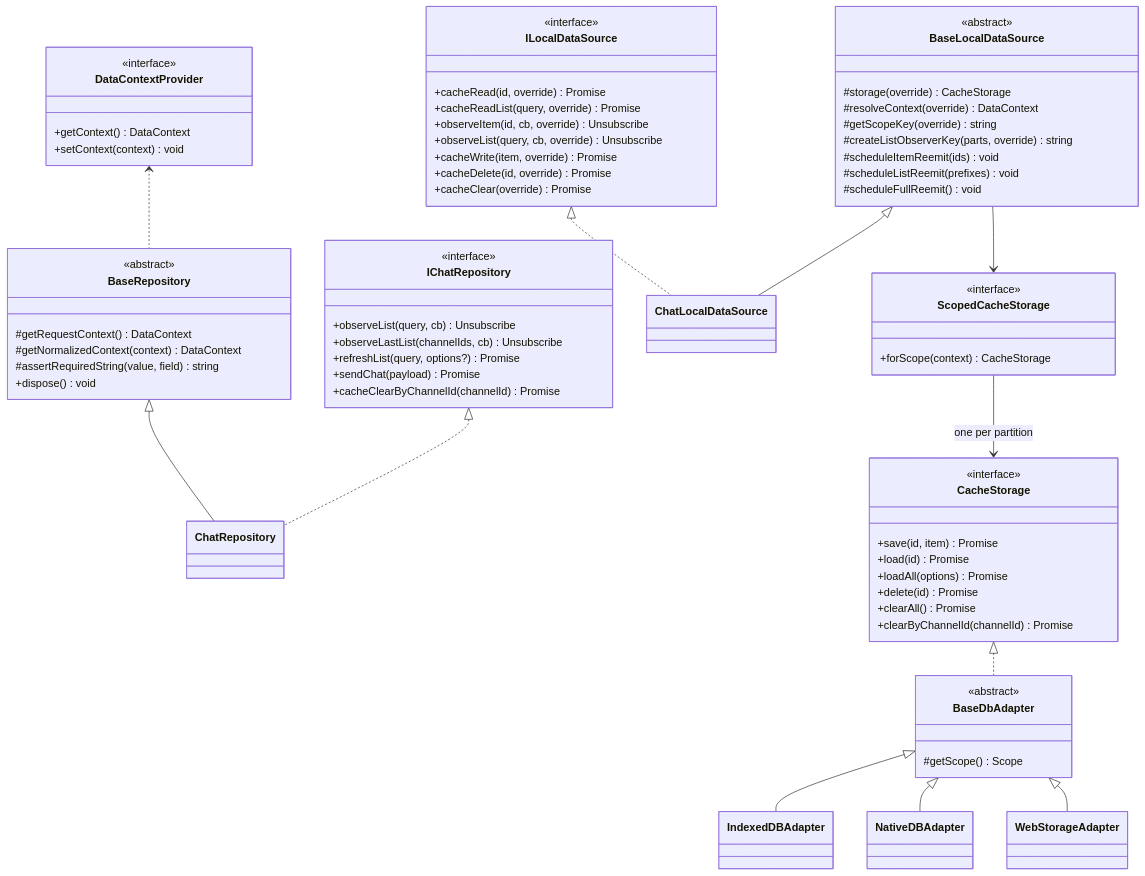
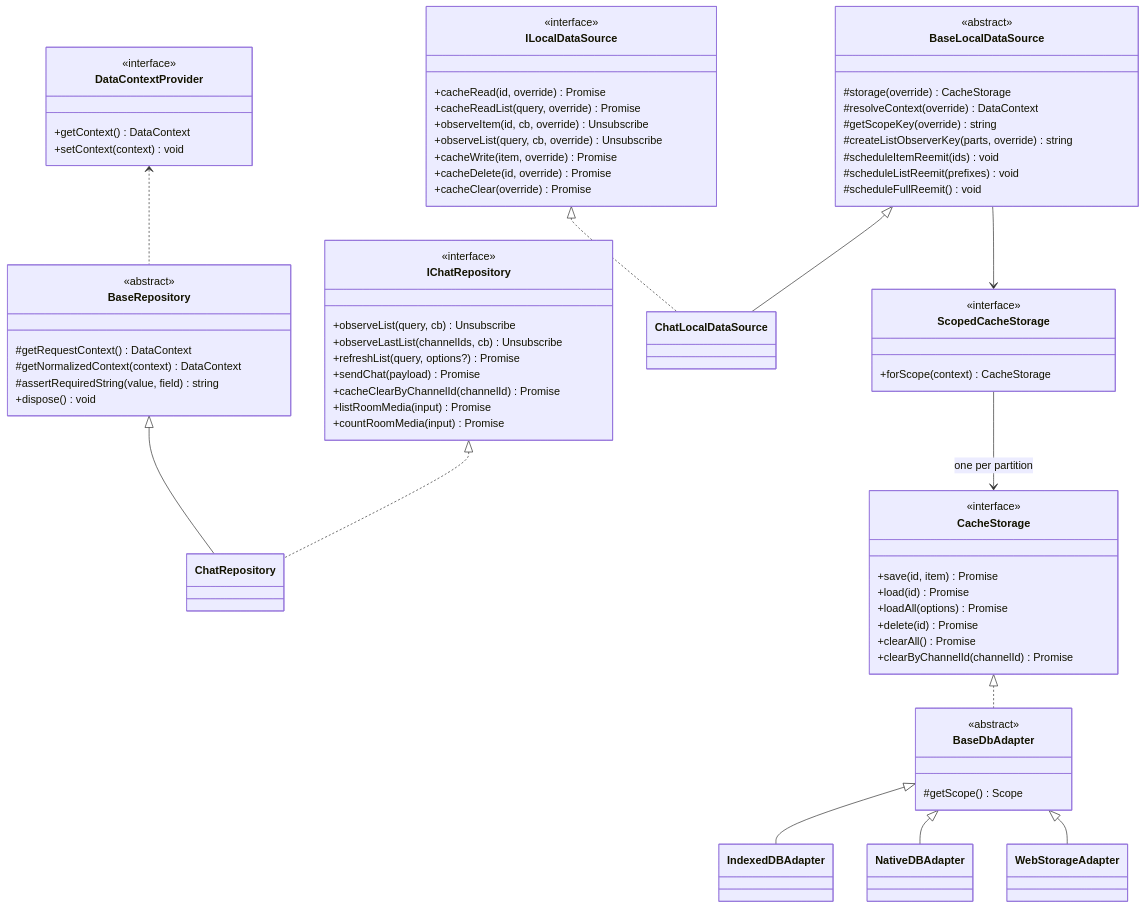
One commit to lemoncloud-io/dou-app changed the diagram in libs/data/docs/repositories/README.md. Above: the diagram before and after it, drawn with Mermaid. The commit also changed 6 other files, not shown here.

First line of the commit message:
feat(data,runtime-core): hand the room media reads through the chat repository

```diff
--- a/libs/data/docs/repositories/README.md
+++ b/libs/data/docs/repositories/README.md
@@ -99,6 +99,8 @@
         +refreshList(query, options?) Promise
         +sendChat(payload) Promise
         +cacheClearByChannelId(channelId) Promise
+        +listRoomMedia(input) Promise
+        +countRoomMedia(input) Promise
     }
     class ChatRepository
 
```
